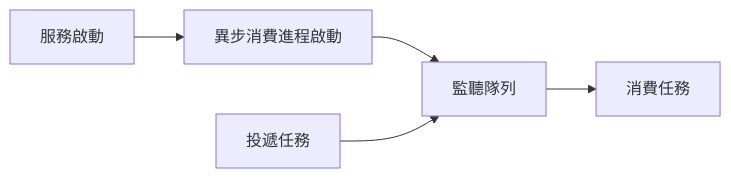
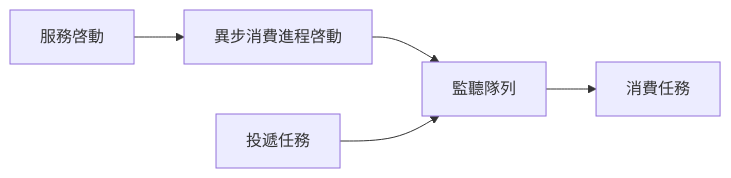
The first of 2 diagrams in docs/zh-hk/async-queue.md (hyperf/hyperf), drawn with Mermaid before and after one commit. The commit also changed other lines of this file and 144 other files, not shown here.

````diff
--- a/docs/zh-hk/async-queue.md
+++ b/docs/zh-hk/async-queue.md
@@ -75,7 +75,7 @@
 ```mermaid
 graph LR;
-A[服務啟動]-->B[異步消費進程啟動]
+A[服務啓動]-->B[異步消費進程啓動]
 B-->C[監聽隊列]
 D[投遞任務]-->C
 C-->F[消費任務]
 ```
````
